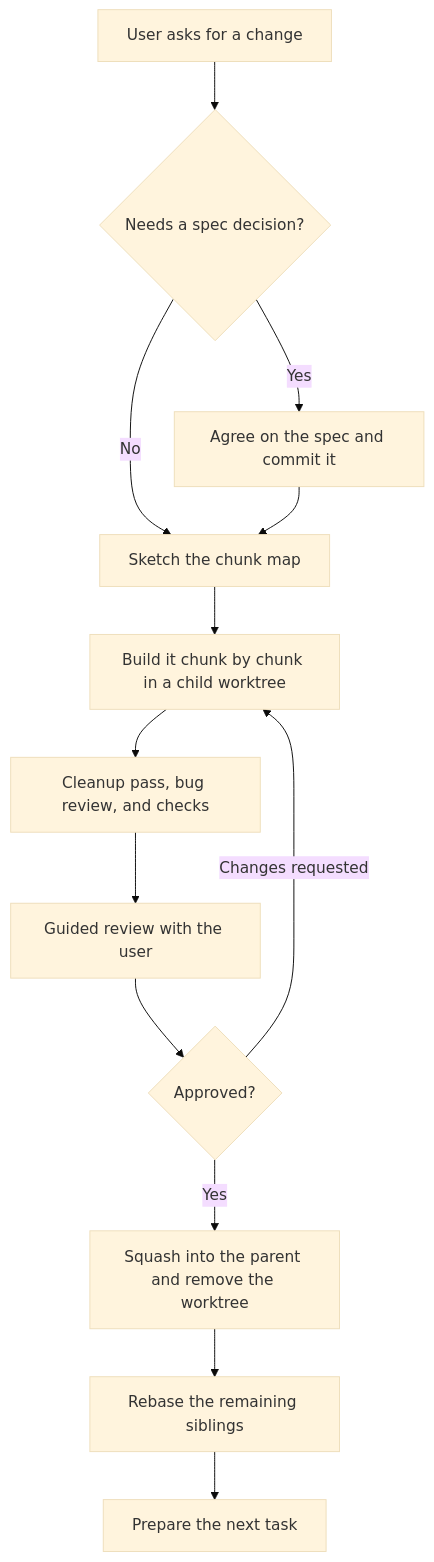
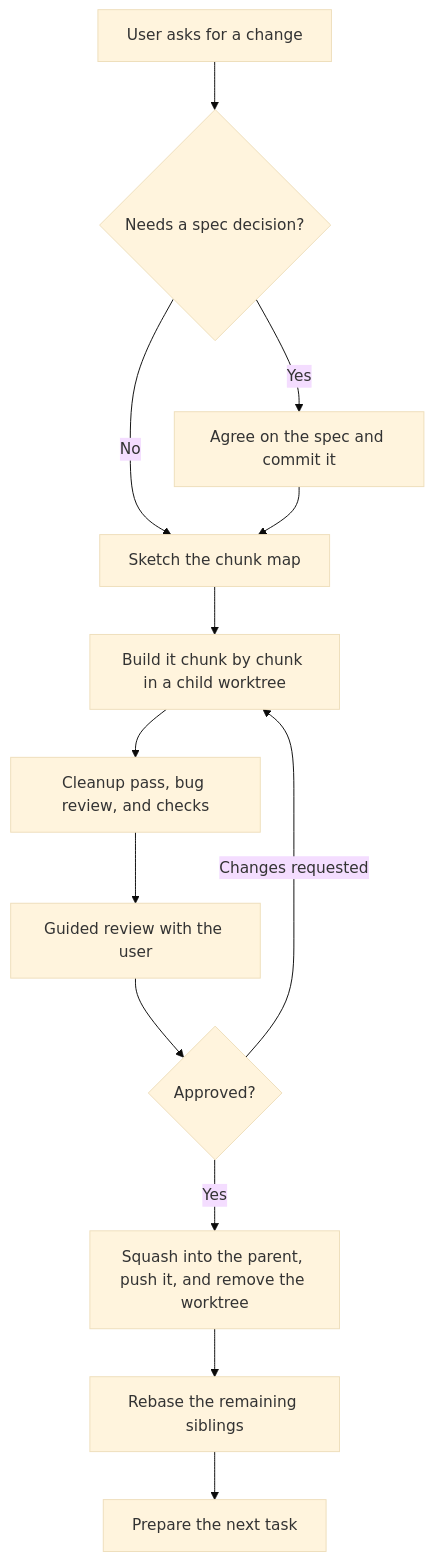
One commit to fsw0422/.ksp changed the first of 10 diagrams in skills/spec-workflow/SKILL.md. Above: the diagram before and after it, drawn with Mermaid (base theme). The commit also changed other lines of this file and 11 other files, not shown here.

````diff
--- a/skills/spec-workflow/SKILL.md
+++ b/skills/spec-workflow/SKILL.md
@@ -10,15 +10,15 @@
 ```mermaid
 flowchart TD
     Ask[User asks for a change] --> Need{Needs a spec decision?}
     Need -->|Yes| Spec[Agree on the spec and commit it]
     Need -->|No| Plan[Sketch the chunk map]
     Spec --> Plan
     Plan --> Build[Build it chunk by chunk in a child worktree]
     Build --> Clean[Cleanup pass, bug review, and checks]
     Clean --> Review[Guided review with the user]
     Review --> OK{Approved?}
     OK -->|Changes requested| Build
-    OK -->|Yes| Merge[Squash into the parent and remove the worktree]
+    OK -->|Yes| Merge[Squash into the parent, push it, and remove the worktree]
     Merge --> Rebase[Rebase the remaining siblings]
     Rebase --> Next[Prepare the next task]
 ```
````
